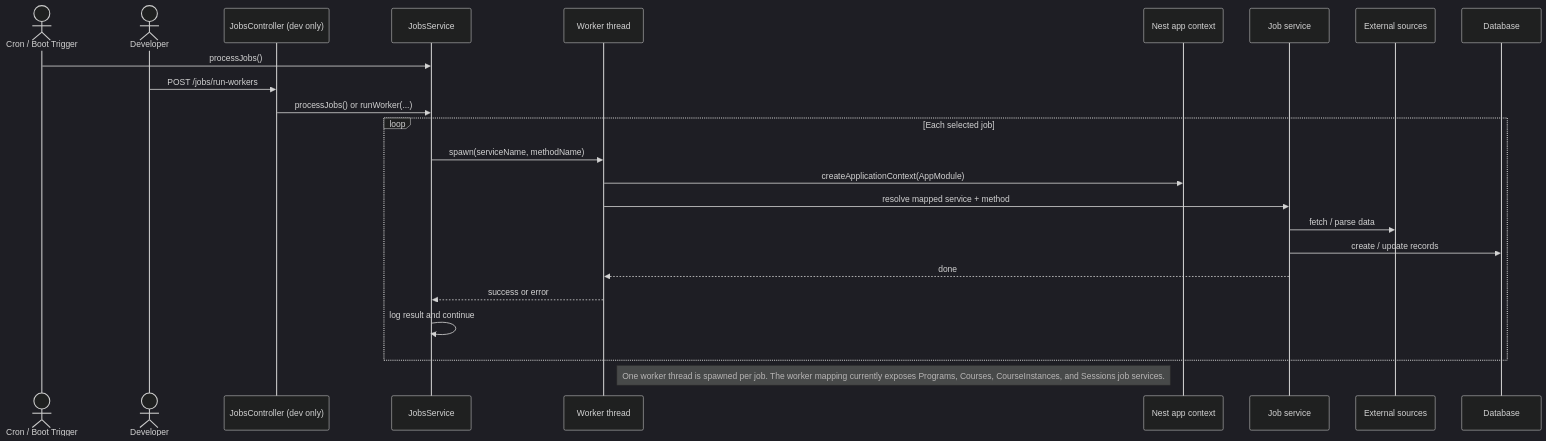
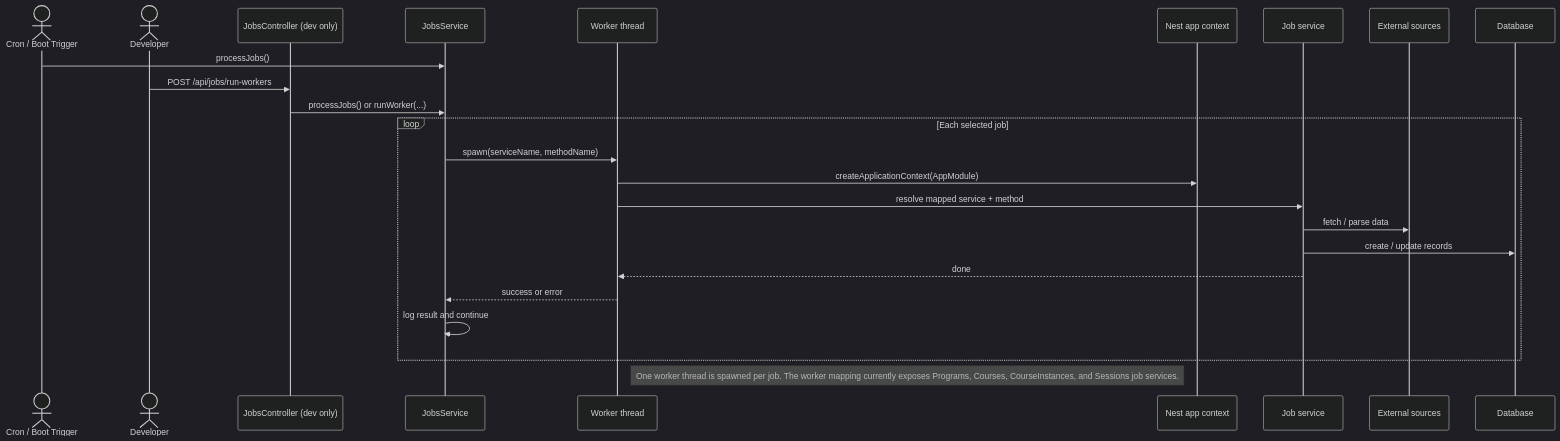
Before and after one commit to ApplETS/planifETS-backend: the second of 2 diagrams in docs/jobs/jobs-pipeline.md, drawn with Mermaid (dark theme). The commit also changed other lines of this file and 1 other file, not shown here.

````diff
--- a/docs/jobs/jobs-pipeline.md
+++ b/docs/jobs/jobs-pipeline.md
@@ -56,29 +56,29 @@
 ```mermaid
 sequenceDiagram
     actor Trigger as Cron / Boot Trigger
     actor Dev as Developer
     participant Controller as JobsController (dev only)
     participant Jobs as JobsService
     participant Worker as Worker thread
     participant App as Nest app context
     participant Service as Job service
     participant Sources as External sources
     participant DB as Database
 
     Trigger->>Jobs: processJobs()
-    Dev->>Controller: POST /jobs/run-workers
+    Dev->>Controller: POST /api/jobs/run-workers
     Controller->>Jobs: processJobs() or runWorker(...)
 
     loop Each selected job
         Jobs->>Worker: spawn(serviceName, methodName)
         Worker->>App: createApplicationContext(AppModule)
         Worker->>Service: resolve mapped service + method
         Service->>Sources: fetch / parse data
         Service->>DB: create / update records
         Service-->>Worker: done
         Worker-->>Jobs: success or error
         Jobs->>Jobs: log result and continue
     end
 
     Note right of Worker: One worker thread is spawned per job. The worker mapping currently exposes Programs, Courses, CourseInstances, and Sessions job services.
 ```
````
